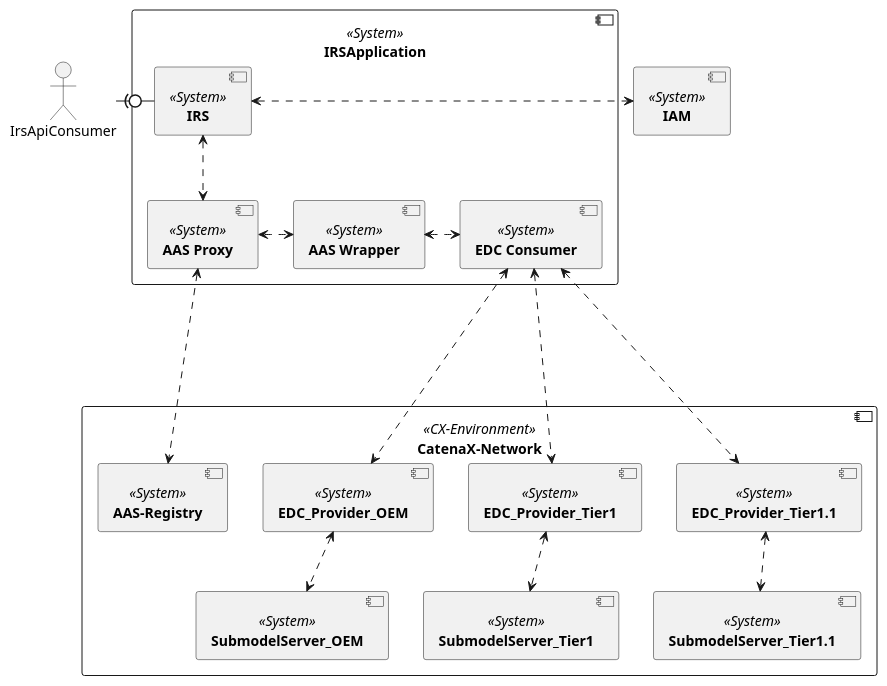
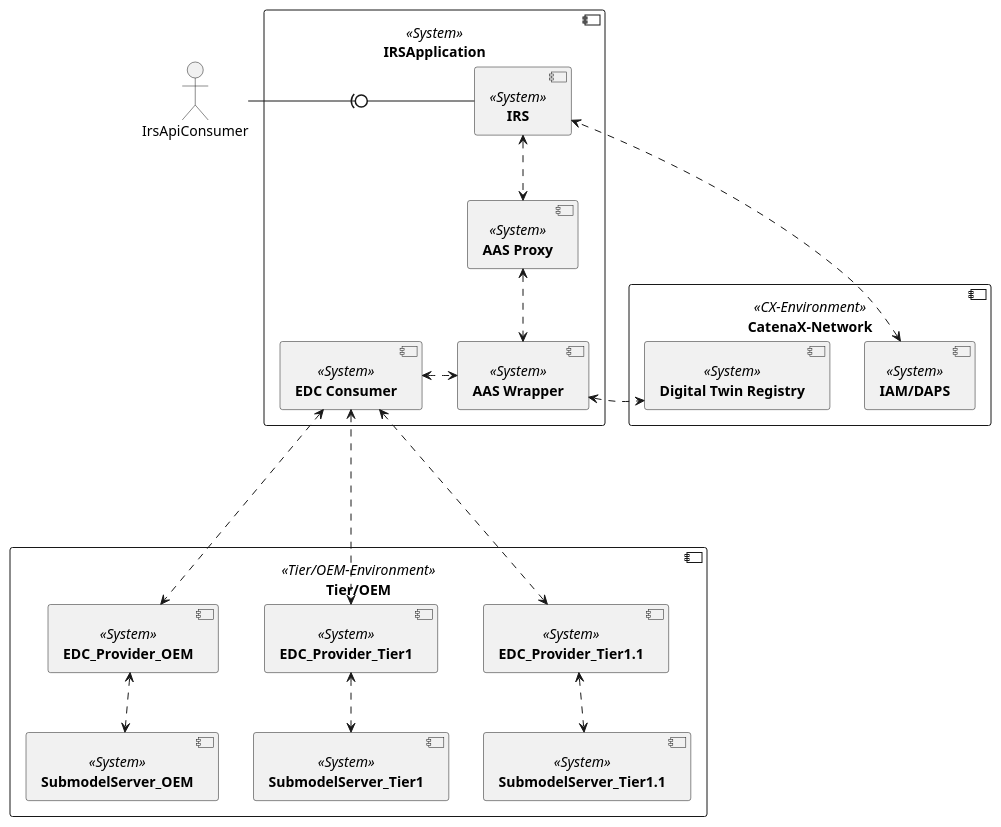
The diagram in uml-diagramms/arc42/building-block-view/irs-component-diagram.puml (catenax-ng/product-item-relationship-service), drawn with PlantUML before and after one commit.

Commit message:
chore(uml):[TRI-392] push iam and dt in own system

```diff
--- a/uml-diagramms/arc42/building-block-view/irs-component-diagram.puml
+++ b/uml-diagramms/arc42/building-block-view/irs-component-diagram.puml
@@ -1,42 +1,48 @@
 @startuml 
 skinparam monochrome true
 skinparam shadowing false
 
-component [**IAM**] <<System>> as IAM
+
 
 component [**IRSApplication**] <<System>> {
 	component [**IRS**] <<System>> as IRS
-
+	component [**AAS Proxy**] <<System>> as AAS_P
 	component [**AAS Wrapper**] <<System>> as AAS_W
-	component [**AAS Proxy**] <<System>> as AAS_P
 	component [**EDC Consumer**] <<System>> as EDC
 
 }
 
 component [**CatenaX-Network**] <<CX-Environment>> {
-    component [**AAS-Registry**] <<System>> as DT_REG
+    component [**IAM/DAPS**] <<System>> as IAM
+    component [**Digital Twin Registry**] <<System>> as DT_REG
+
+}
+
+component [**Tier/OEM**] <<Tier/OEM-Environment>> {
+
     component [**EDC_Provider_OEM**] <<System>> as EDCProviderOEM
     component [**EDC_Provider_Tier1**] <<System>> as EDCProviderTier1
     component [**EDC_Provider_Tier1.1**] <<System>> as EDCProviderTier11
     component [**SubmodelServer_OEM**] <<System>> as SubmodelServerOEM
     component [**SubmodelServer_Tier1**] <<System>> as SubmodelServerTier1
     component [**SubmodelServer_Tier1.1**] <<System>> as SubmodelServerTier11
 }
 
 
 actor IrsApiConsumer
 
 IrsApiConsumer -right(0- IRS
 IRS <..>AAS_P
-IRS <.> IAM
-AAS_P <.> AAS_W
-AAS_W <.> EDC
-AAS_P <.> DT_REG
+
+AAS_P <.d.> AAS_W
+IRS <.l.> IAM
+AAS_W <.l.> EDC
+AAS_W <.> DT_REG
 EDC <..> EDCProviderOEM
 EDC <...> EDCProviderTier1
 EDC <....> EDCProviderTier11
 EDCProviderOEM <..> SubmodelServerOEM
 EDCProviderTier1 <..> SubmodelServerTier1
 EDCProviderTier11 <..> SubmodelServerTier11
 
 @enduml
```
